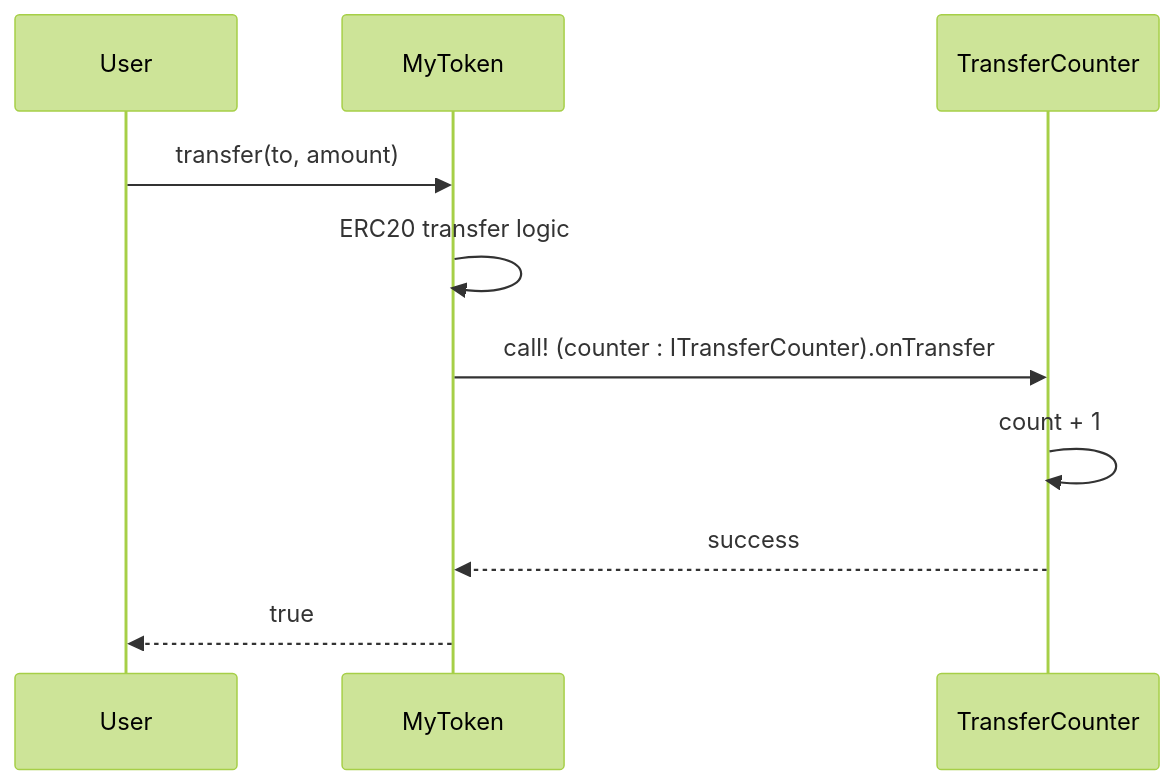
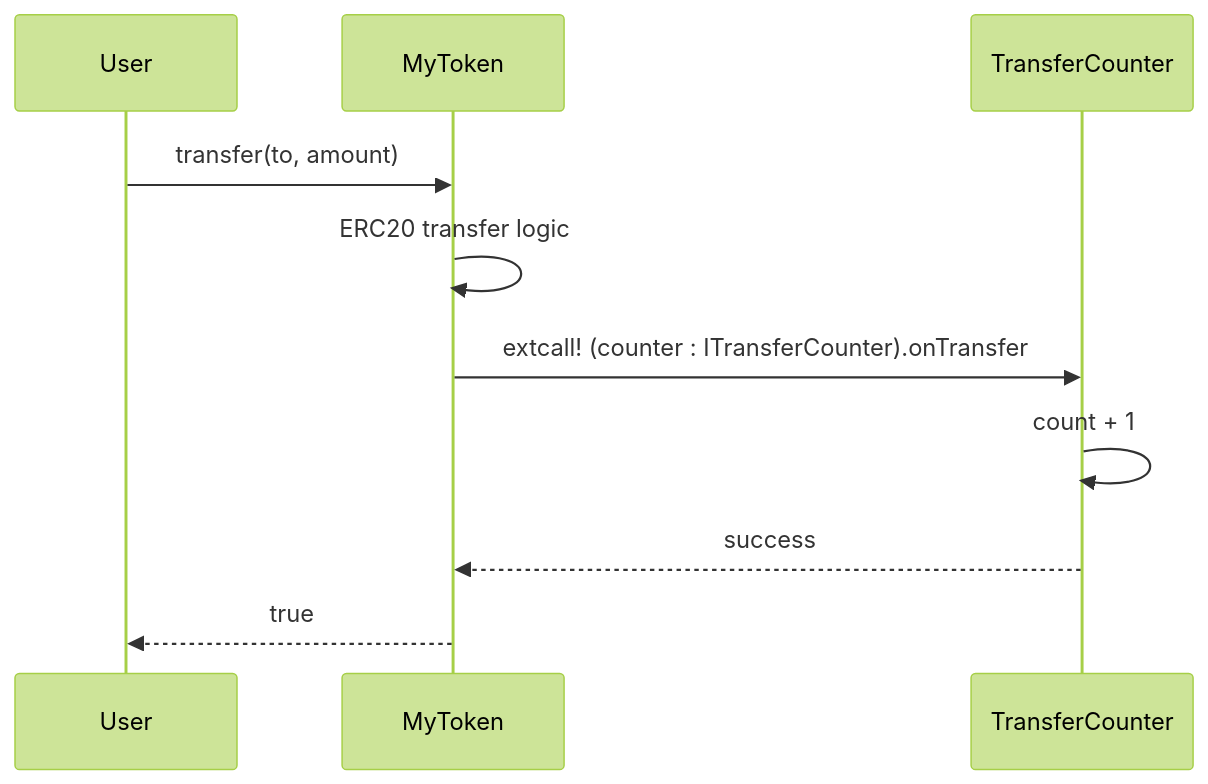
Before and after one commit to prevostc/lsc: the diagram in lsc-appendices.md, drawn with Mermaid (forest theme). The commit also changed other lines of this file and 2 other files, not shown here.

Commit message:
UInt256 use bounded N instead of Fin to remove insecure default operators. add extcall! macro

````diff
--- a/lsc-appendices.md
+++ b/lsc-appendices.md
@@ -130,12 +130,12 @@
 ```mermaid
 sequenceDiagram
   participant User
   participant MyToken
   participant TC as TransferCounter
   User->>MyToken: transfer(to, amount)
   MyToken->>MyToken: ERC20 transfer logic
-  MyToken->>TC: call! (counter : ITransferCounter).onTransfer
+  MyToken->>TC: extcall! (counter : ITransferCounter).onTransfer
   TC->>TC: count + 1
   TC-->>MyToken: success
   MyToken-->>User: true
 ```
````
